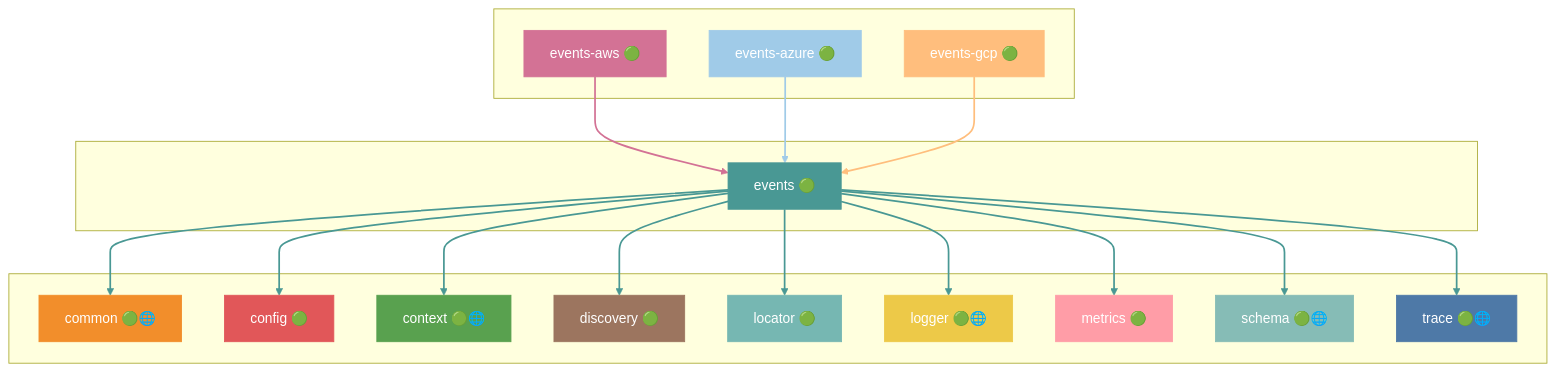
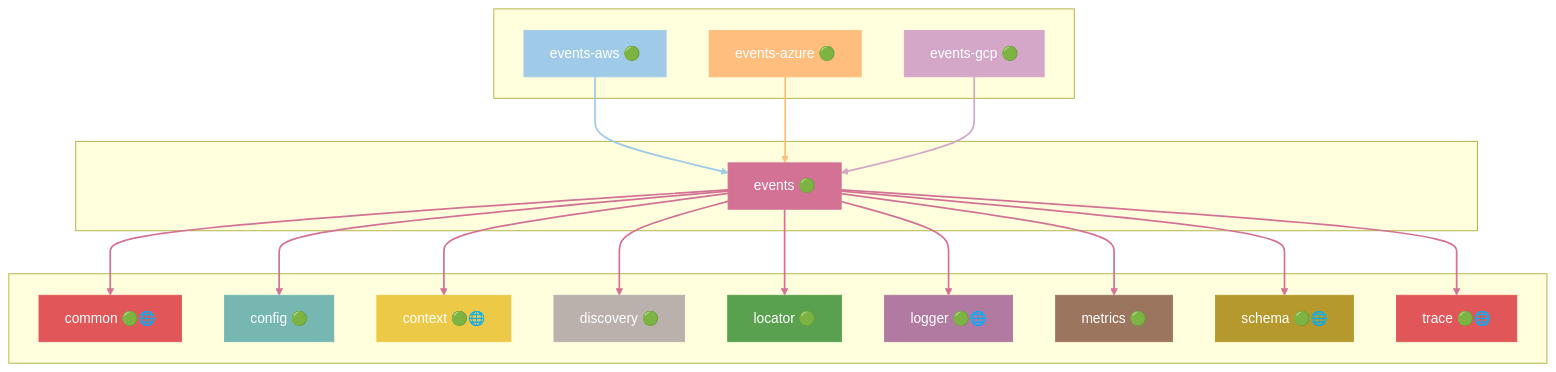
One commit to grest-ts/grest-ts changed diagram 16 of 42 in docs/DEPENDENCIES.md. Above: the diagram before and after it, drawn with Mermaid. The commit also changed other lines of this file and 11 other files, not shown here.

````diff
--- a/docs/DEPENDENCIES.md
+++ b/docs/DEPENDENCIES.md
@@ -793,59 +847,59 @@
 ```mermaid
 flowchart TB
     subgraph Dependents[" "]
         events-aws["events-aws 🟢"]
         events-azure["events-azure 🟢"]
         events-gcp["events-gcp 🟢"]
     end
     subgraph Package[" "]
         events["events 🟢"]
     end
     subgraph Dependencies[" "]
         common["common 🟢🌐"]
         config["config 🟢"]
         context["context 🟢🌐"]
         discovery["discovery 🟢"]
         locator["locator 🟢"]
         logger["logger 🟢🌐"]
         metrics["metrics 🟢"]
         schema["schema 🟢🌐"]
         trace["trace 🟢🌐"]
     end
     events-aws --> events
     events-azure --> events
     events-gcp --> events
     events --> common
     events --> config
     events --> context
     events --> discovery
     events --> locator
     events --> logger
     events --> metrics
     events --> schema
     events --> trace
-    style events fill:#499894,stroke:#499894,color:#fff
-    style events-aws fill:#D37295,stroke:#D37295,color:#fff
-    style events-azure fill:#A0CBE8,stroke:#A0CBE8,color:#fff
-    style events-gcp fill:#FFBE7D,stroke:#FFBE7D,color:#fff
-    style common fill:#F28E2B,stroke:#F28E2B,color:#fff
-    style config fill:#E15759,stroke:#E15759,color:#fff
-    style context fill:#59A14F,stroke:#59A14F,color:#fff
-    style discovery fill:#9C755F,stroke:#9C755F,color:#fff
-    style locator fill:#76B7B2,stroke:#76B7B2,color:#fff
-    style logger fill:#EDC948,stroke:#EDC948,color:#fff
-    style metrics fill:#FF9DA7,stroke:#FF9DA7,color:#fff
-    style schema fill:#86BCB6,stroke:#86BCB6,color:#fff
-    style trace fill:#4E79A7,stroke:#4E79A7,color:#fff
-    linkStyle 0 stroke:#D37295,stroke-width:2px
-    linkStyle 1 stroke:#A0CBE8,stroke-width:2px
-    linkStyle 2 stroke:#FFBE7D,stroke-width:2px
-    linkStyle 3 stroke:#499894,stroke-width:2px
-    linkStyle 4 stroke:#499894,stroke-width:2px
-    linkStyle 5 stroke:#499894,stroke-width:2px
-    linkStyle 6 stroke:#499894,stroke-width:2px
-    linkStyle 7 stroke:#499894,stroke-width:2px
-    linkStyle 8 stroke:#499894,stroke-width:2px
-    linkStyle 9 stroke:#499894,stroke-width:2px
-    linkStyle 10 stroke:#499894,stroke-width:2px
-    linkStyle 11 stroke:#499894,stroke-width:2px
+    style events fill:#D37295,stroke:#D37295,color:#fff
+    style events-aws fill:#A0CBE8,stroke:#A0CBE8,color:#fff
+    style events-azure fill:#FFBE7D,stroke:#FFBE7D,color:#fff
+    style events-gcp fill:#D4A6C8,stroke:#D4A6C8,color:#fff
+    style common fill:#E15759,stroke:#E15759,color:#fff
+    style config fill:#76B7B2,stroke:#76B7B2,color:#fff
+    style context fill:#EDC948,stroke:#EDC948,color:#fff
+    style discovery fill:#BAB0AC,stroke:#BAB0AC,color:#fff
+    style locator fill:#59A14F,stroke:#59A14F,color:#fff
+    style logger fill:#B07AA1,stroke:#B07AA1,color:#fff
+    style metrics fill:#9C755F,stroke:#9C755F,color:#fff
+    style schema fill:#B6992D,stroke:#B6992D,color:#fff
+    style trace fill:#E15759,stroke:#E15759,color:#fff
+    linkStyle 0 stroke:#A0CBE8,stroke-width:2px
+    linkStyle 1 stroke:#FFBE7D,stroke-width:2px
+    linkStyle 2 stroke:#D4A6C8,stroke-width:2px
+    linkStyle 3 stroke:#D37295,stroke-width:2px
+    linkStyle 4 stroke:#D37295,stroke-width:2px
+    linkStyle 5 stroke:#D37295,stroke-width:2px
+    linkStyle 6 stroke:#D37295,stroke-width:2px
+    linkStyle 7 stroke:#D37295,stroke-width:2px
+    linkStyle 8 stroke:#D37295,stroke-width:2px
+    linkStyle 9 stroke:#D37295,stroke-width:2px
+    linkStyle 10 stroke:#D37295,stroke-width:2px
+    linkStyle 11 stroke:#D37295,stroke-width:2px
 ```
````
